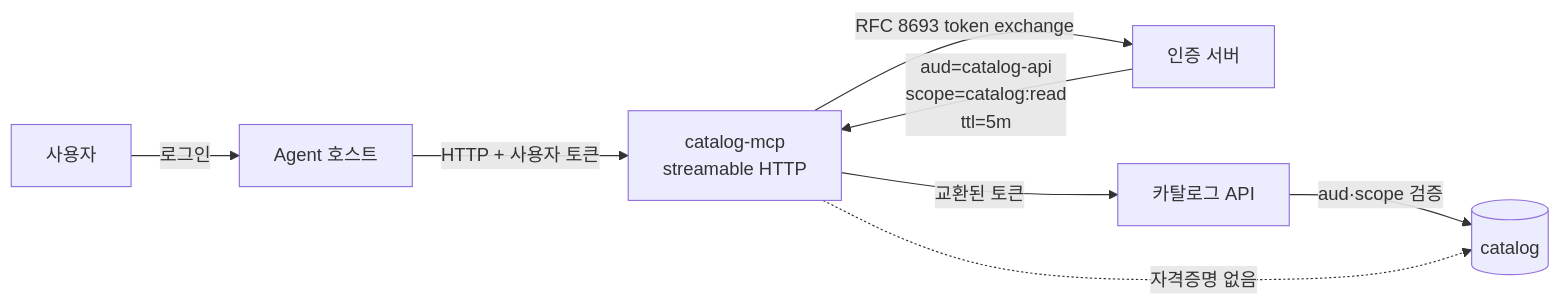
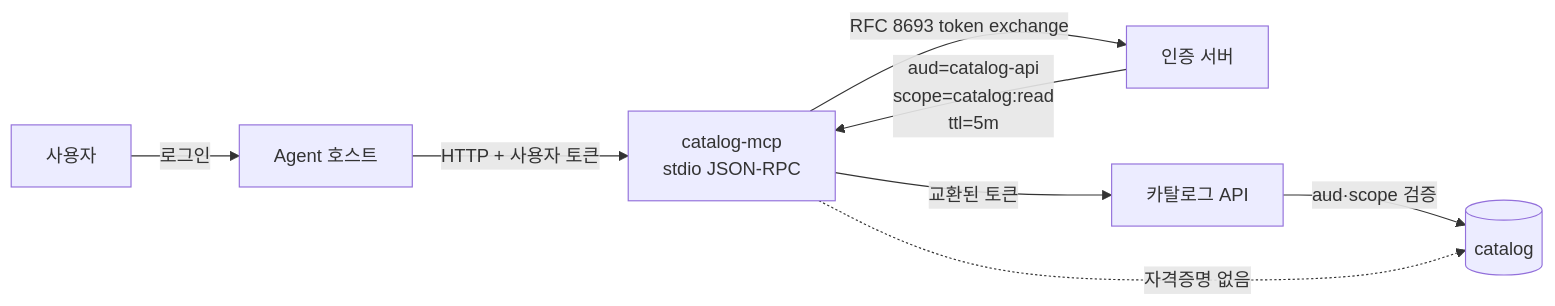
The diagram in docs/portfolio/catalog-api-mcp.md (woonyong-kr/k8s-ops-min), drawn with Mermaid before and after one commit. The commit also changed other lines of this file and 19 other files, not shown here.

````diff
--- a/docs/portfolio/catalog-api-mcp.md
+++ b/docs/portfolio/catalog-api-mcp.md
@@ -120,10 +120,10 @@
 ```mermaid
 flowchart LR
     U["사용자"] -->|"로그인"| APP["Agent 호스트"]
-    APP -->|"HTTP + 사용자 토큰"| MCP["catalog-mcp<br/>streamable HTTP"]
+    APP -->|"HTTP + 사용자 토큰"| MCP["catalog-mcp<br/>stdio JSON-RPC"]
     MCP -->|"RFC 8693 token exchange"| STS["인증 서버"]
     STS -->|"aud=catalog-api<br/>scope=catalog:read<br/>ttl=5m"| MCP
     MCP -->|"교환된 토큰"| API["카탈로그 API"]
     API -->|"aud·scope 검증"| DB[("catalog")]
     MCP -.->|"자격증명 없음"| DB
 ```
````
